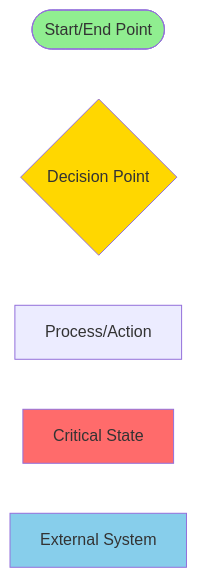
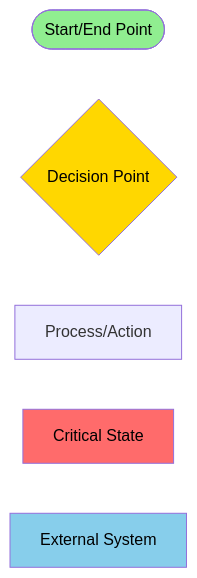
The tenth of 10 diagrams in documents/firmware/FLOW_DIAGRAM_FIRMWARE.md (meeTeam05/datalogger), drawn with Mermaid before and after one commit. The commit also changed other lines of this file, not shown here.

Commit message:
fix(docs): improve flow diagram styles for clarity and consistency in FLOW_DIAGRAM_FIRMWARE.md

````diff
--- a/documents/firmware/FLOW_DIAGRAM_FIRMWARE.md
+++ b/documents/firmware/FLOW_DIAGRAM_FIRMWARE.md
@@ -566,13 +566,13 @@
 ```mermaid
 flowchart LR
     Start([Start/End Point])
     Decision{Decision Point}
     Process[Process/Action]
     Critical[Critical State]
     External[External System]
-    
-    style Start fill:#90EE90
-    style Decision fill:#FFD700
-    style Critical fill:#FF6B6B
-    style External fill:#87CEEB
+
+    style Start fill:#90EE90, color:#000000
+    style Decision fill:#FFD700, color:#000000
+    style Critical fill:#FF6B6B, color:#000000
+    style External fill:#87CEEB, color:#000000
 ```
````
